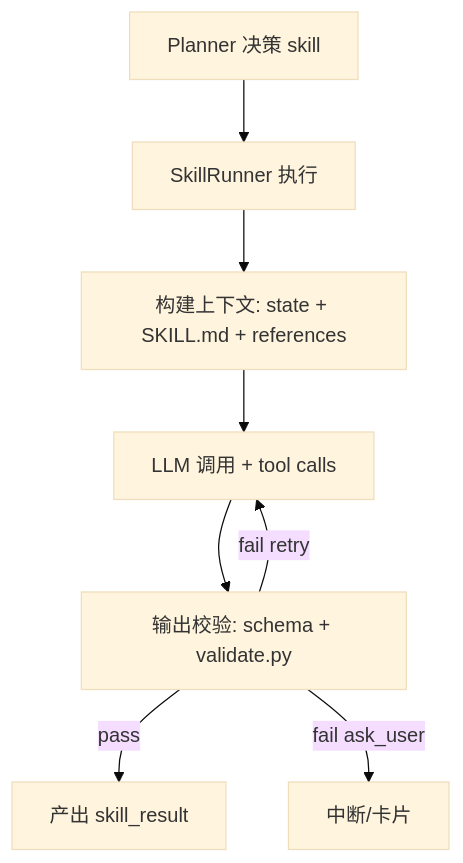
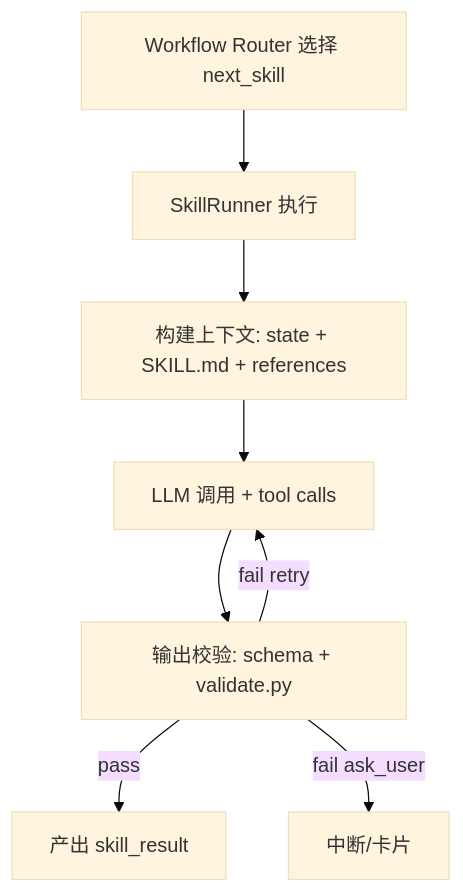
One commit to lawseekdog/docs changed the diagram in implementation/skill-system.md. Above: the diagram before and after it, drawn with Mermaid (base theme). The commit also changed other lines of this file and 21 other files, not shown here.

````diff
--- a/implementation/skill-system.md
+++ b/implementation/skill-system.md
@@ -131,10 +131,10 @@
 ```mermaid
 flowchart TB
-  P[Planner 决策 skill] --> R[SkillRunner 执行]
+  P[Workflow Router 选择 next_skill] --> R[SkillRunner 执行]
   R --> C[构建上下文: state + SKILL.md + references]
   C --> L[LLM 调用 + tool calls]
   L --> V[输出校验: schema + validate.py]
   V -->|pass| O[产出 skill_result]
   V -->|fail retry| L
   V -->|fail ask_user| H[中断/卡片]
 ```
````
